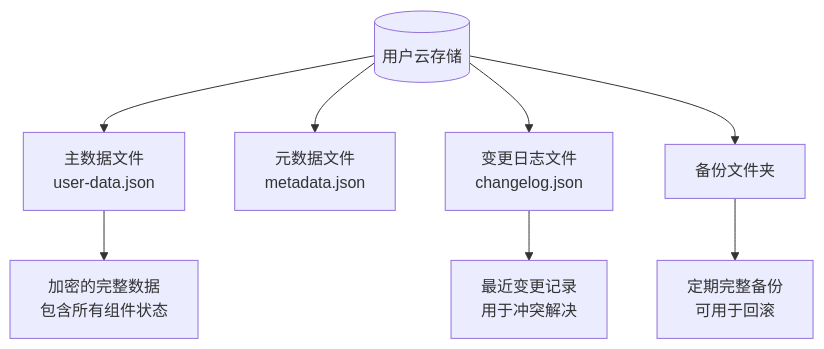
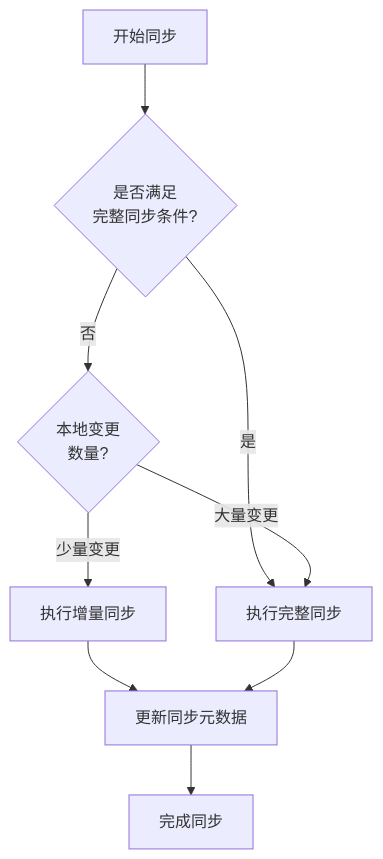
Before and after one commit to yingjianzh/iodraw-files: the diagram in all/未命名-34.md, drawn with Mermaid.

Commit message:
2025-04-17 15:26:43 update

````diff
--- a/all/未命名-34.md
+++ b/all/未命名-34.md
@@ -1,11 +1,14 @@
 ```mermaid
 flowchart TD
-    CloudStorage[(用户云存储)] --> MainDataFile[主数据文件<br>user-data.json]
-    CloudStorage --> MetadataFile[元数据文件<br>metadata.json]
-    CloudStorage --> ChangelogFile[变更日志文件<br>changelog.json]
-    CloudStorage --> BackupFolder[备份文件夹]
+    Start[开始同步] --> Check{是否满足<br>完整同步条件?}
+    Check -->|是| FullSync[执行完整同步]
+    Check -->|否| Changes{本地变更<br>数量?}
     
-    MainDataFile --> EncryptedFullData[加密的完整数据<br>包含所有组件状态]
-    ChangelogFile --> EncryptedChanges[最近变更记录<br>用于冲突解决]
-    BackupFolder --> PeriodicalBackups[定期完整备份<br>可用于回滚]
+    Changes -->|少量变更| IncrementalSync[执行增量同步]
+    Changes -->|大量变更| FullSync
+    
+    IncrementalSync --> UpdateMeta[更新同步元数据]
+    FullSync --> UpdateMeta
+    
+    UpdateMeta --> End[完成同步]
 ```
````
